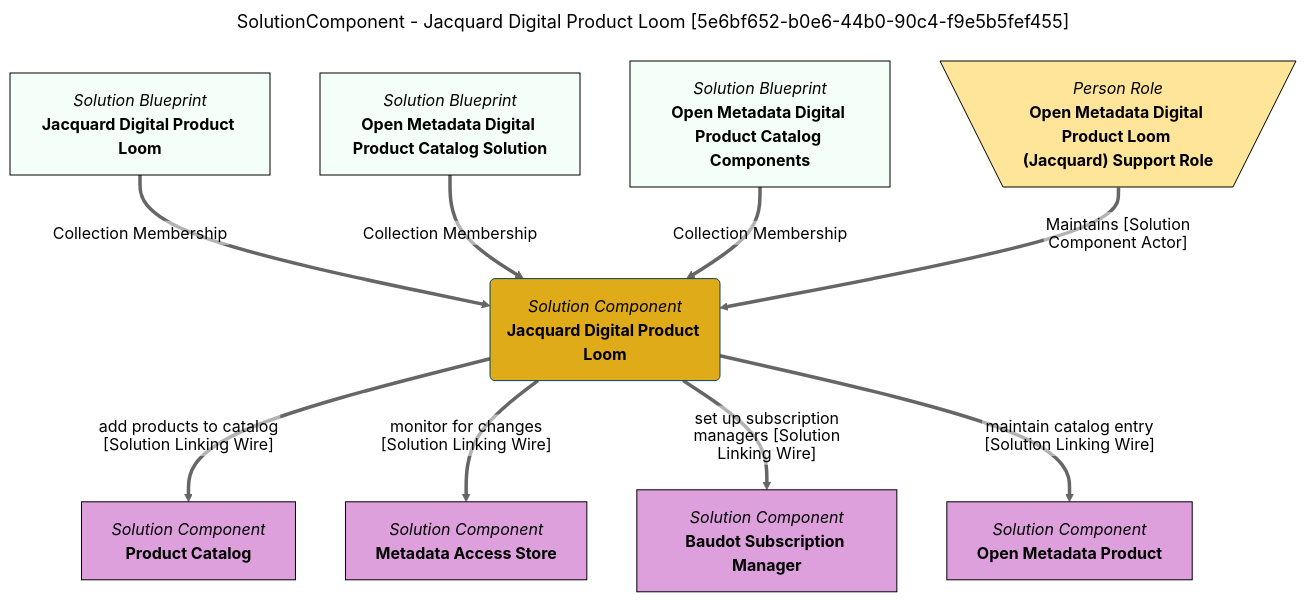
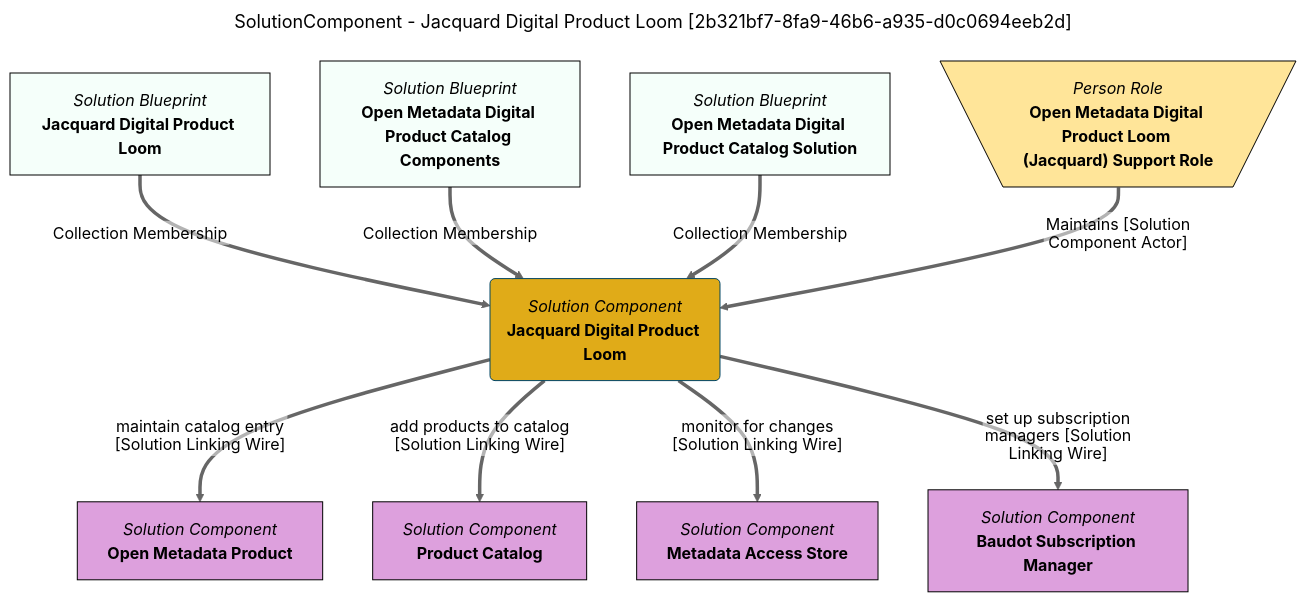
Before and after one commit to odpi/egeria-docs: the diagram in site/snippets/blueprints/components/jacquard-digital-product-loom-mermaid-graph.md, drawn with Mermaid (neutral theme). The commit also changed 2201 other files, not shown here.

````diff
--- a/site/snippets/blueprints/components/jacquard-digital-product-loom-mermaid-graph.md
+++ b/site/snippets/blueprints/components/jacquard-digital-product-loom-mermaid-graph.md
@@ -1,43 +1,43 @@
 ```mermaid
 ---
-title: SolutionComponent - Jacquard Digital Product Loom [5e6bf652-b0e6-44b0-90c4-f9e5b5fef455]
+title: SolutionComponent - Jacquard Digital Product Loom [2b321bf7-8fa9-46b6-a935-d0c0694eeb2d]
 ---
 flowchart TD
 %%{init: {"flowchart": {"htmlLabels": false}} }%%
 
 1@{ shape: rounded, label: "*Solution Component*
 **Jacquard Digital Product Loom**"}
 2@{ shape: rect, label: "*Solution Blueprint*
 **Jacquard Digital Product Loom**"}
 2==>|"Collection Membership"|1
 3@{ shape: rect, label: "*Solution Blueprint*
-**Open Metadata Digital Product Catalog Solution**"}
+**Open Metadata Digital Product Catalog Components**"}
 3==>|"Collection Membership"|1
 4@{ shape: rect, label: "*Solution Blueprint*
-**Open Metadata Digital Product Catalog Components**"}
+**Open Metadata Digital Product Catalog Solution**"}
 4==>|"Collection Membership"|1
 5@{ shape: trap-t, label: "*Person Role*
 **Open Metadata Digital Product Loom (Jacquard) Support Role**"}
 5==>|"Maintains [Solution Component Actor]"|1
 6@{ shape: rect, label: "*Solution Component*
+**Open Metadata Product**"}
+1==>|"maintain catalog entry [Solution Linking Wire]"|6
+7@{ shape: rect, label: "*Solution Component*
 **Product Catalog**"}
-1==>|"add products to catalog [Solution Linking Wire]"|6
-7@{ shape: rect, label: "*Solution Component*
+1==>|"add products to catalog [Solution Linking Wire]"|7
+8@{ shape: rect, label: "*Solution Component*
 **Metadata Access Store**"}
-1==>|"monitor for changes [Solution Linking Wire]"|7
-8@{ shape: rect, label: "*Solution Component*
+1==>|"monitor for changes [Solution Linking Wire]"|8
+9@{ shape: rect, label: "*Solution Component*
 **Baudot Subscription Manager**"}
-1==>|"set up subscription managers [Solution Linking Wire]"|8
-9@{ shape: rect, label: "*Solution Component*
-**Open Metadata Product**"}
-1==>|"maintain catalog entry [Solution Linking Wire]"|9
+1==>|"set up subscription managers [Solution Linking Wire]"|9
 style 1 color:#000000, fill:#e0ab18, stroke:#004563
 style 2 color:#000000, fill:#f5fffa, stroke:#000000
 style 3 color:#000000, fill:#f5fffa, stroke:#000000
 style 4 color:#000000, fill:#f5fffa, stroke:#000000
 style 5 color:#000000, fill:#FFE599, stroke:#000000
-style 6 color:#000000, fill:#dda0dd, stroke:#000000
-style 7 color:#000000, fill:#dda0dd, stroke:#000000
-style 8 color:#000000, fill:#dda0dd, stroke:#000000
-style 9 color:#000000, fill:#dda0dd, stroke:#000000
+style 6 color:#000000, fill:#DDA0DD, stroke:#000000
+style 7 color:#000000, fill:#DDA0DD, stroke:#000000
+style 8 color:#000000, fill:#DDA0DD, stroke:#000000
+style 9 color:#000000, fill:#DDA0DD, stroke:#000000
 ```
````
